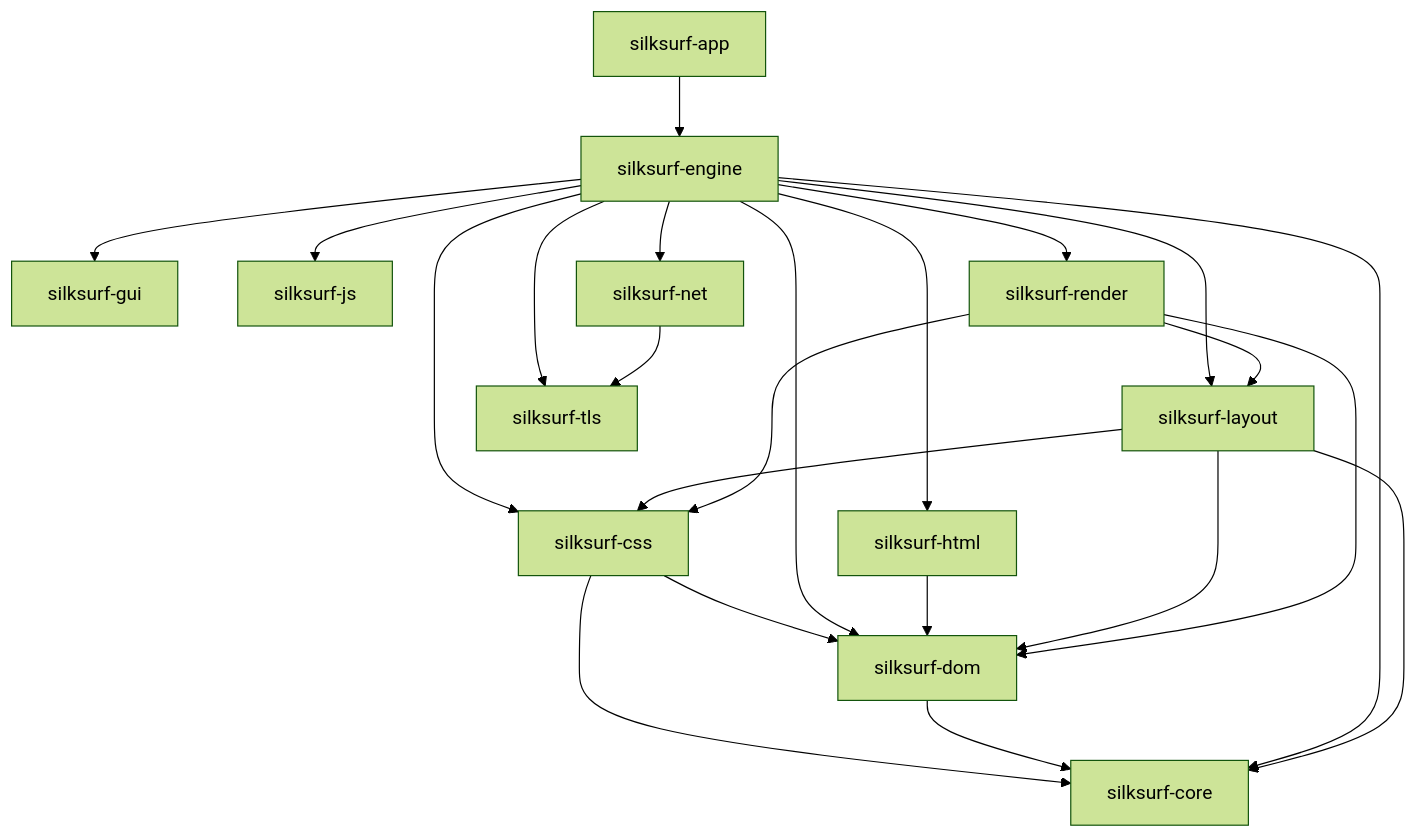
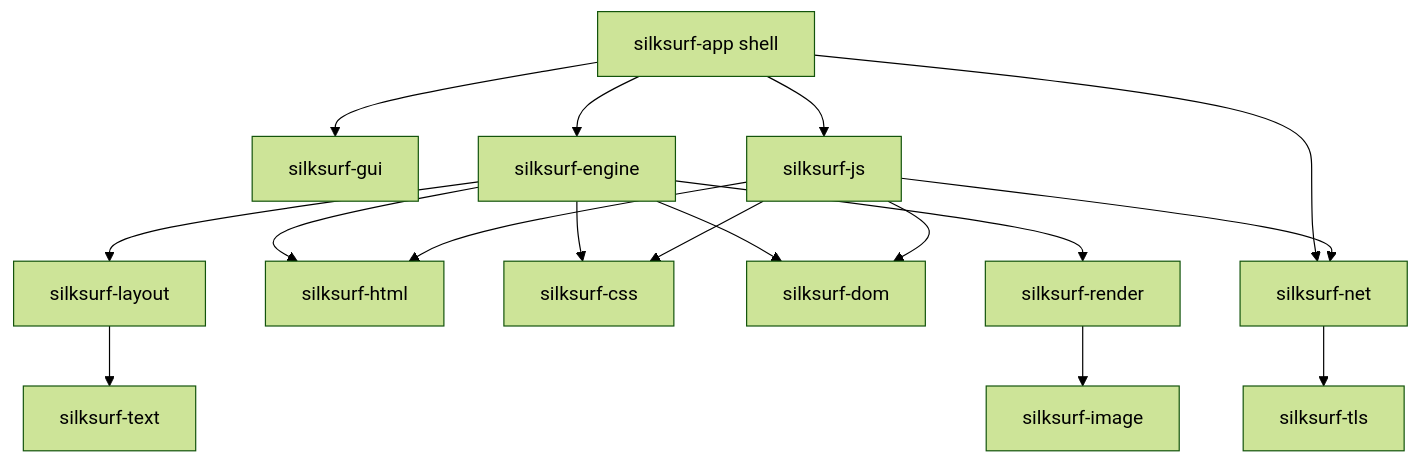
The diagram in docs/ARCHITECTURE.md (Oichkatzelesfrettschen/silksurf), drawn with Mermaid (forest theme) before and after one commit. The commit also changed other lines of this file, not shown here.

Commit message:
docs: replace stale architecture integration plan with current topology

````diff
--- a/docs/ARCHITECTURE.md
+++ b/docs/ARCHITECTURE.md
@@ -52,25 +162,19 @@
 ```mermaid
 graph TD
-  silksurf-app --> silksurf-engine
-  silksurf-css --> silksurf-core
-  silksurf-css --> silksurf-dom
-  silksurf-dom --> silksurf-core
-  silksurf-engine --> silksurf-core
-  silksurf-engine --> silksurf-css
-  silksurf-engine --> silksurf-dom
-  silksurf-engine --> silksurf-gui
-  silksurf-engine --> silksurf-html
-  silksurf-engine --> silksurf-js
-  silksurf-engine --> silksurf-layout
-  silksurf-engine --> silksurf-net
-  silksurf-engine --> silksurf-render
-  silksurf-engine --> silksurf-tls
-  silksurf-html --> silksurf-dom
-  silksurf-layout --> silksurf-core
-  silksurf-layout --> silksurf-css
-  silksurf-layout --> silksurf-dom
-  silksurf-net --> silksurf-tls
-  silksurf-render --> silksurf-css
-  silksurf-render --> silksurf-dom
-  silksurf-render --> silksurf-layout
+  APP[silksurf-app shell] --> GUI[silksurf-gui]
+  APP --> ENGINE[silksurf-engine]
+  APP --> JS[silksurf-js]
+  APP --> NET[silksurf-net]
+  ENGINE --> HTML[silksurf-html]
+  ENGINE --> CSS[silksurf-css]
+  ENGINE --> DOM[silksurf-dom]
+  ENGINE --> LAYOUT[silksurf-layout]
+  ENGINE --> RENDER[silksurf-render]
+  LAYOUT --> TEXT[silksurf-text]
+  NET --> TLS[silksurf-tls]
+  JS --> DOM
+  JS --> CSS
+  JS --> HTML
+  JS --> NET
+  RENDER --> IMAGE[silksurf-image]
 ```
````
